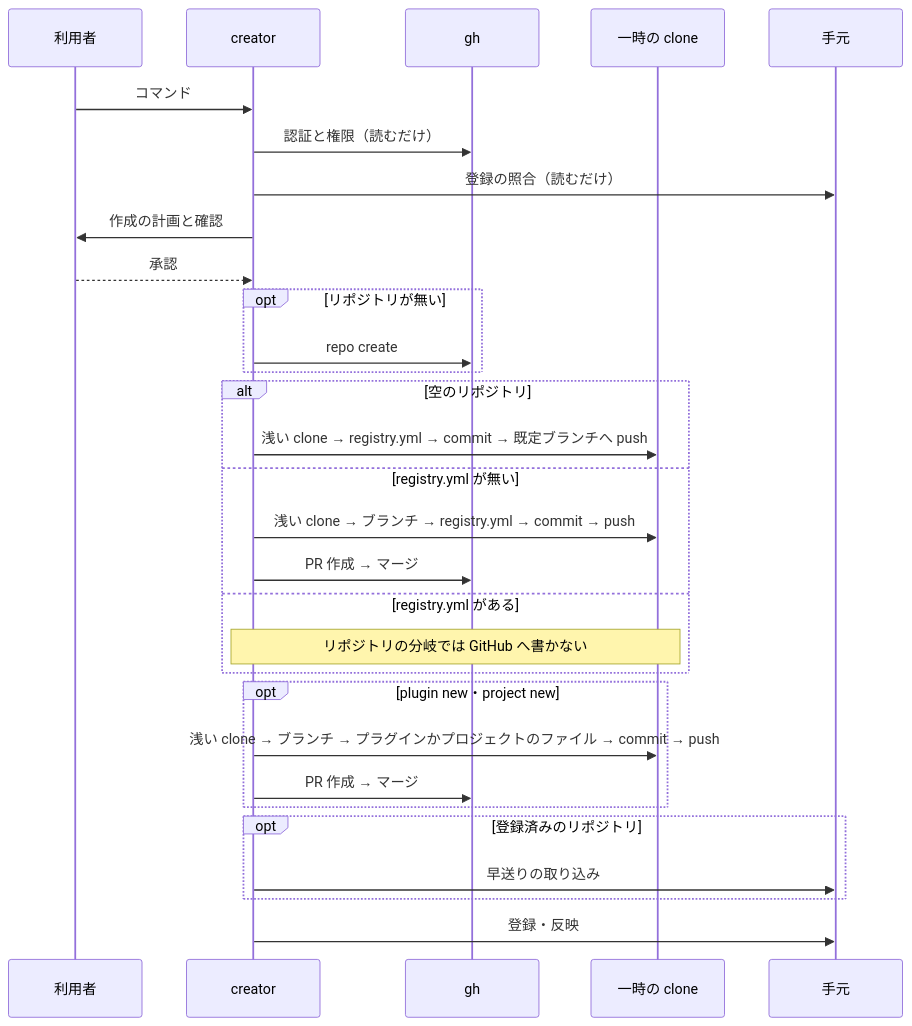
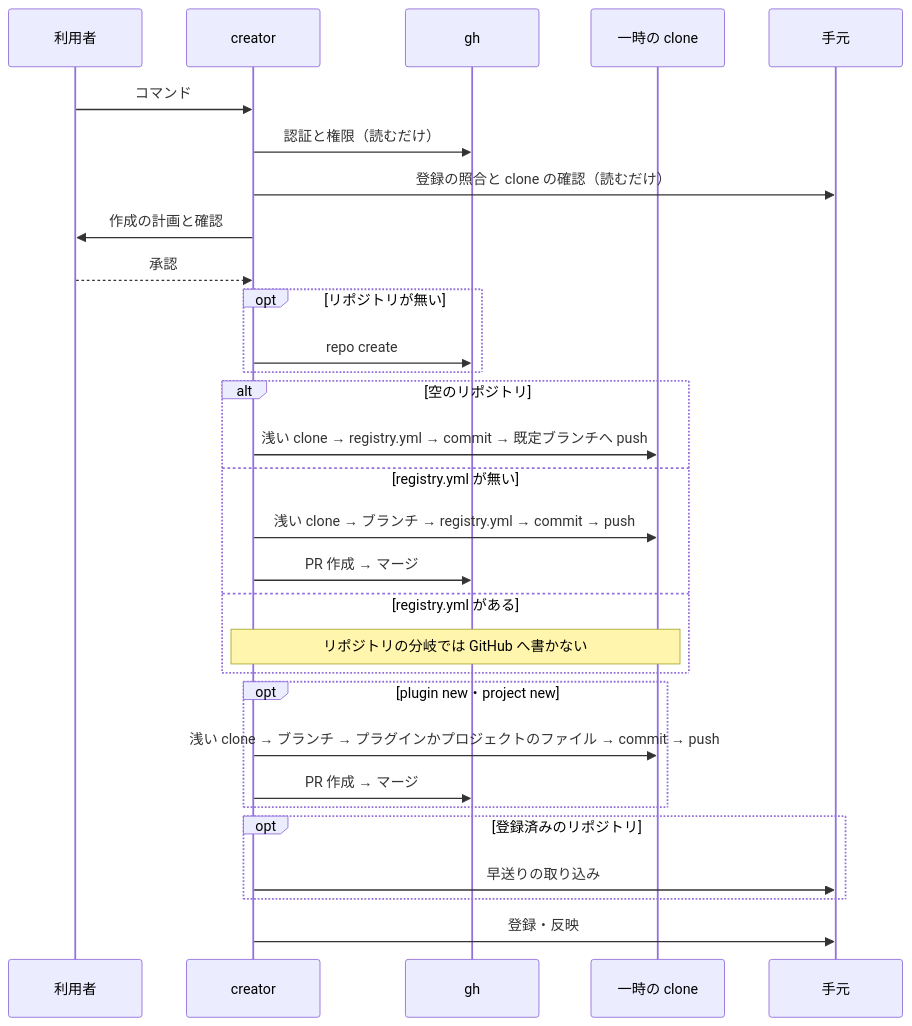
Before and after one commit to devbasex/devbase: the second of 2 diagrams in issues/issue-514-design.md, drawn with Mermaid. The commit also changed other lines of this file, not shown here.

````diff
--- a/issues/issue-514-design.md
+++ b/issues/issue-514-design.md
@@ -243,32 +257,32 @@
 ```mermaid
 sequenceDiagram
     participant U as 利用者
     participant C as creator
     participant G as gh
     participant T as 一時の clone
     participant L as 手元
     U->>C: コマンド
     C->>G: 認証と権限（読むだけ）
-    C->>L: 登録の照合（読むだけ）
+    C->>L: 登録の照合と clone の確認（読むだけ）
     C->>U: 作成の計画と確認
     U-->>C: 承認
     opt リポジトリが無い
         C->>G: repo create
     end
     alt 空のリポジトリ
         C->>T: 浅い clone → registry.yml → commit → 既定ブランチへ push
     else registry.yml が無い
         C->>T: 浅い clone → ブランチ → registry.yml → commit → push
         C->>G: PR 作成 → マージ
     else registry.yml がある
         Note over C,T: リポジトリの分岐では GitHub へ書かない
     end
     opt plugin new・project new
         C->>T: 浅い clone → ブランチ → プラグインかプロジェクトのファイル → commit → push
         C->>G: PR 作成 → マージ
     end
     opt 登録済みのリポジトリ
         C->>L: 早送りの取り込み
     end
     C->>L: 登録・反映
 ```
````
